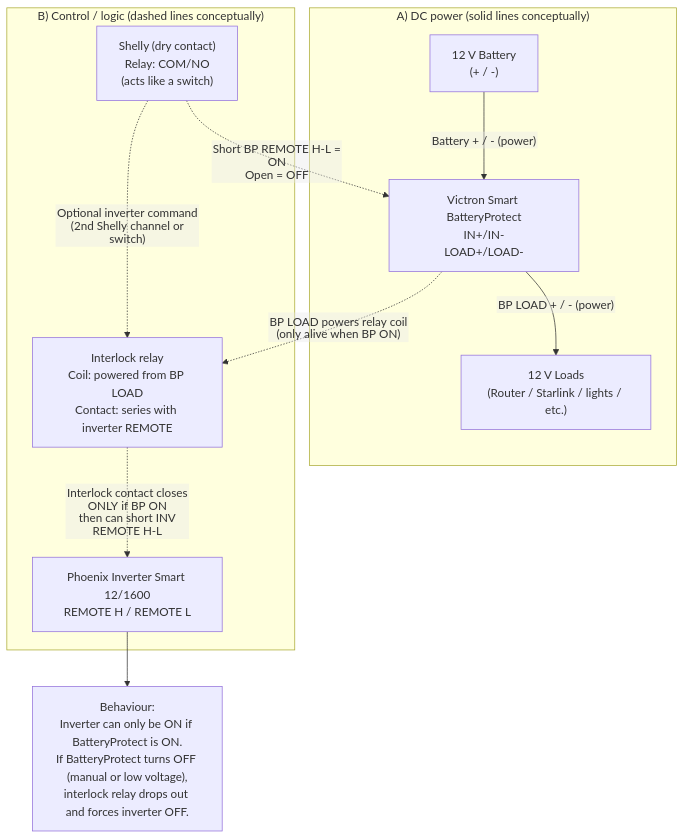
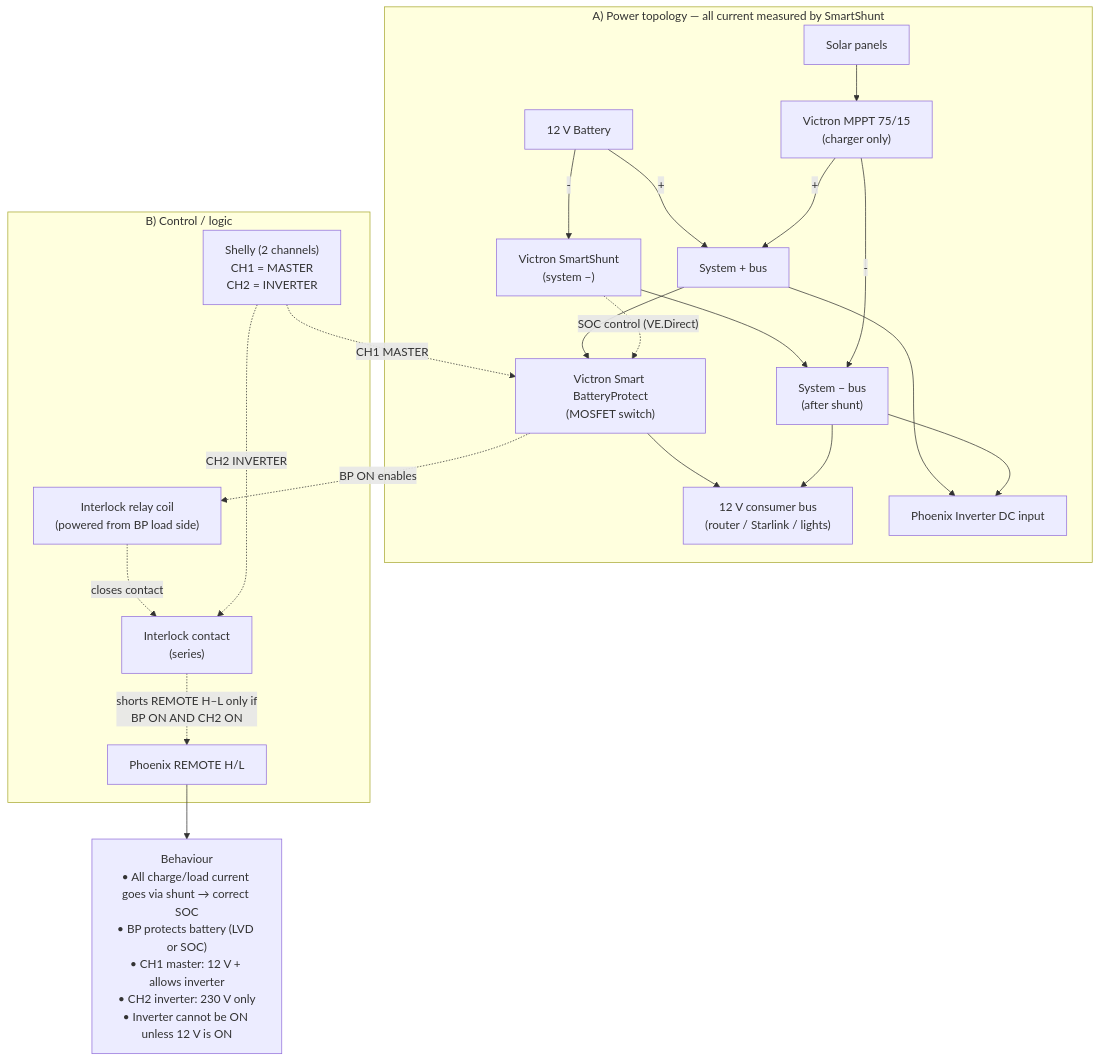
The third of 3 diagrams in README.md (fatso83/holmevann), drawn with Mermaid before and after one commit.

````diff
--- a/README.md
+++ b/README.md
@@ -54,45 +54,52 @@
 ```mermaid
 
 
-%%{init: {"flowchart": {"htmlLabels": false}} }%%
+flowchart TB
 
+subgraph A["A) Power topology — all current measured by SmartShunt"]
+  BAT["12 V Battery"]
 
-flowchart TB
-  %% =========================
-  %% A) DC POWER (solid concept)
-  %% =========================
-  subgraph A["A) DC power (solid lines conceptually)"]
-    BAT["12 V Battery\n(+ / -)"]
-    BP["Victron Smart BatteryProtect\nIN+/IN-\nLOAD+/LOAD-"]
-    LOADS["12 V Loads\n(Router / Starlink / lights / etc.)"]
+  SHUNT["Victron SmartShunt<br/>(system −)"]
 
-    BAT -->|"Battery + / - (power)"| BP
-    BP -->|"BP LOAD + / - (power)"| LOADS
-  end
+  BUSP["System + bus"]
+  BUSM["System − bus<br/>(after shunt)"]
 
-  %% =========================
-  %% B) CONTROL / LOGIC (dashed concept)
-  %% =========================
-  subgraph B["B) Control / logic (dashed lines conceptually)"]
-    SHELLY["Shelly (dry contact)\nRelay: COM/NO\n(acts like a switch)"]
-    IRELAY["Interlock relay\nCoil: powered from BP LOAD\nContact: series with inverter REMOTE"]
-    INV["Phoenix Inverter Smart 12/1600\nREMOTE H / REMOTE L"]
+  BAT -->|"+"| BUSP
+  BAT -->|"-"| SHUNT --> BUSM
 
-    %% Shelly turns BatteryProtect ON/OFF via BP remote
-    SHELLY -. "Short BP REMOTE H-L = ON\nOpen = OFF" .-> BP
+  PV["Solar panels"] --> MPPT["Victron MPPT 75/15<br/>(charger only)"]
+  MPPT -->|"+"| BUSP
+  MPPT -->|"-"| BUSM
 
-    %% Interlock relay coil powered only when BP LOAD is alive
-    BP -. "BP LOAD powers relay coil\n(only alive when BP ON)" .-> IRELAY
+  BP["Victron Smart BatteryProtect<br/>(MOSFET switch)"]
+  DCBUS["12 V consumer bus<br/>(router / Starlink / lights)"]
 
-    %% Inverter remote path goes through interlock contact
-    SHELLY -. "Optional inverter command\n(2nd Shelly channel or switch)" .-> IRELAY
-    IRELAY -. "Interlock contact closes ONLY if BP ON\nthen can short INV REMOTE H-L" .-> INV
-  end
+  BUSP --> BP --> DCBUS
+  BUSM --> DCBUS
 
-  %% =========================
-  %% Behaviour note
-  %% =========================
-  NOTE["Behaviour:\nInverter can only be ON if BatteryProtect is ON.\nIf BatteryProtect turns OFF (manual or low voltage),\ninterlock relay drops out and forces inverter OFF."]
-  INV --> NOTE
+  INVDC["Phoenix Inverter DC input"]
+  BUSP --> INVDC
+  BUSM --> INVDC
+end
+
+subgraph B["B) Control / logic"]
+  S["Shelly (2 channels)<br/>CH1 = MASTER<br/>CH2 = INVERTER"]
+
+  S -. "CH1 MASTER" .-> BP
+  SHUNT -. "SOC control (VE.Direct)" .-> BP
+
+  COIL["Interlock relay coil<br/>(powered from BP load side)"]
+  ICONTACT["Interlock contact<br/>(series)"]
+  INVREM["Phoenix REMOTE H/L"]
+
+  BP -. "BP ON enables" .-> COIL
+  COIL -. "closes contact" .-> ICONTACT
+
+  S -. "CH2 INVERTER" .-> ICONTACT
+  ICONTACT -. "shorts REMOTE H–L only if<br/>BP ON AND CH2 ON" .-> INVREM
+end
+
+NOTE["Behaviour<br/>• All charge/load current goes via shunt → correct SOC<br/>• BP protects battery (LVD or SOC)<br/>• CH1 master: 12 V + allows inverter<br/>• CH2 inverter: 230 V only<br/>• Inverter cannot be ON unless 12 V is ON"]
+INVREM --> NOTE
 
 ```
````
